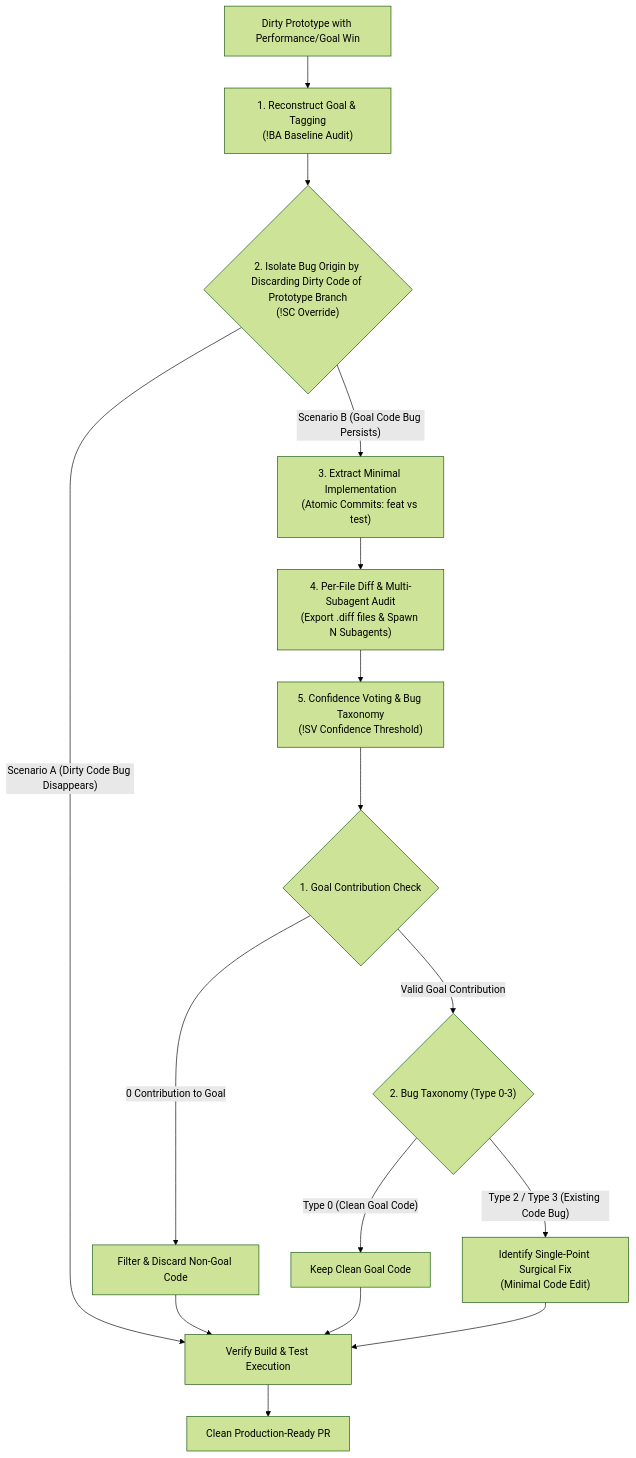
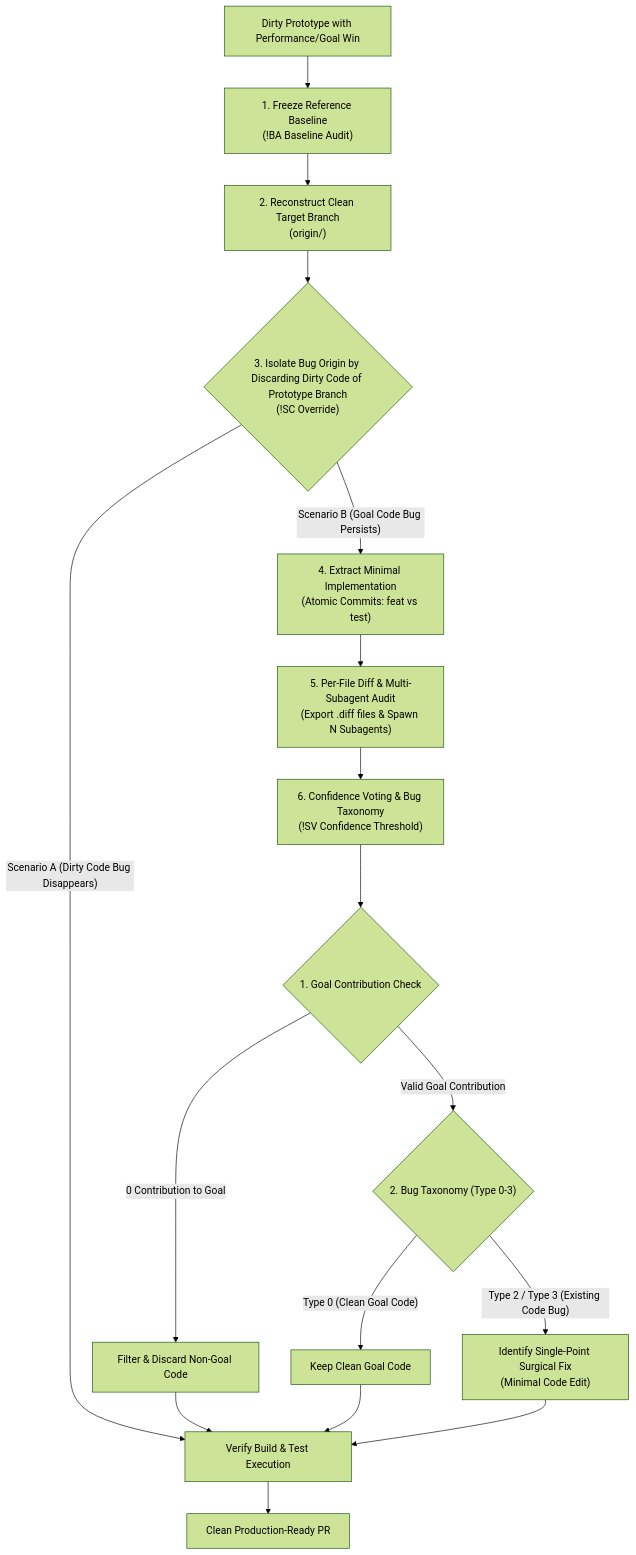
One commit to loerei/myskills changed the diagram in engineering/afterplay/SKILL.md. Above: the diagram before and after it, drawn with Mermaid (forest theme). The commit also changed other lines of this file and 1 other file, not shown here.

Commit message:
feat(afterplay): update workflow to 6-phase pipeline with explicit Freeze Reference Baseline phase

````diff
--- a/engineering/afterplay/SKILL.md
+++ b/engineering/afterplay/SKILL.md
@@ -16,27 +16,29 @@
 ```mermaid
 flowchart TD
-    Start["Dirty Prototype with Performance/Goal Win"] --> Phase1["1. Reconstruct Goal & Tagging<br/>(!BA Baseline Audit)"]
+    Start["Dirty Prototype with Performance/Goal Win"] --> Phase1["1. Freeze Reference Baseline<br/>(!BA Baseline Audit)"]
     
-    Phase1 --> Phase2{"2. Isolate Bug Origin by Discarding Dirty Code of Prototype Branch<br/>(!SC<A|B> Override)"}
+    Phase1 --> Phase2["2. Reconstruct Clean Target Branch<br/>(origin/<target-base-branch>)"]
     
-    Phase2 -->|"Scenario A (Dirty Code Bug Disappears)"| Verify["Verify Build & Test Execution"]
+    Phase2 --> Phase3{"3. Isolate Bug Origin by Discarding Dirty Code of Prototype Branch<br/>(!SC<A|B> Override)"}
     
-    Phase2 -->|"Scenario B (Goal Code Bug Persists)"| Phase3["3. Extract Minimal Implementation<br/>(Atomic Commits: feat vs test)"]
+    Phase3 -->|"Scenario A (Dirty Code Bug Disappears)"| Verify["Verify Build & Test Execution"]
     
-    Phase3 --> Phase4["4. Per-File Diff & Multi-Subagent Audit<br/>(Export .diff files & Spawn N Subagents)"]
+    Phase3 -->|"Scenario B (Goal Code Bug Persists)"| Phase4["4. Extract Minimal Implementation<br/>(Atomic Commits: feat vs test)"]
     
-    Phase4 --> Phase5["5. Confidence Voting & Bug Taxonomy<br/>(!SV<N> Confidence Threshold)"]
+    Phase4 --> Phase5["5. Per-File Diff & Multi-Subagent Audit<br/>(Export .diff files & Spawn N Subagents)"]
     
-    Phase5 --> CheckGoal{"1. Goal Contribution Check"}
+    Phase5 --> Phase6["6. Confidence Voting & Bug Taxonomy<br/>(!SV<N> Confidence Threshold)"]
+    
+    Phase6 --> CheckGoal{"1. Goal Contribution Check"}
     CheckGoal -->|"0 Contribution to Goal"| StripCode["Filter & Discard Non-Goal Code"]
     CheckGoal -->|"Valid Goal Contribution"| CheckBug{"2. Bug Taxonomy (Type 0-3)"}
     
     CheckBug -->|"Type 0 (Clean Goal Code)"| KeepCode["Keep Clean Goal Code"]
     CheckBug -->|"Type 2 / Type 3 (Existing Code Bug)"| SurgicalFix["Identify Single-Point Surgical Fix<br/>(Minimal Code Edit)"]
     
     StripCode --> Verify
     KeepCode --> Verify
     SurgicalFix --> Verify
     
     Verify --> Done["Clean Production-Ready PR"]
 ```
````
